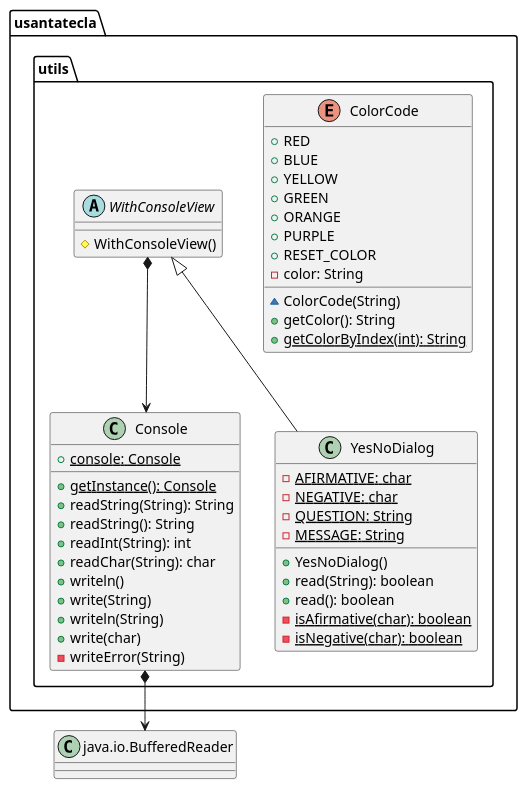
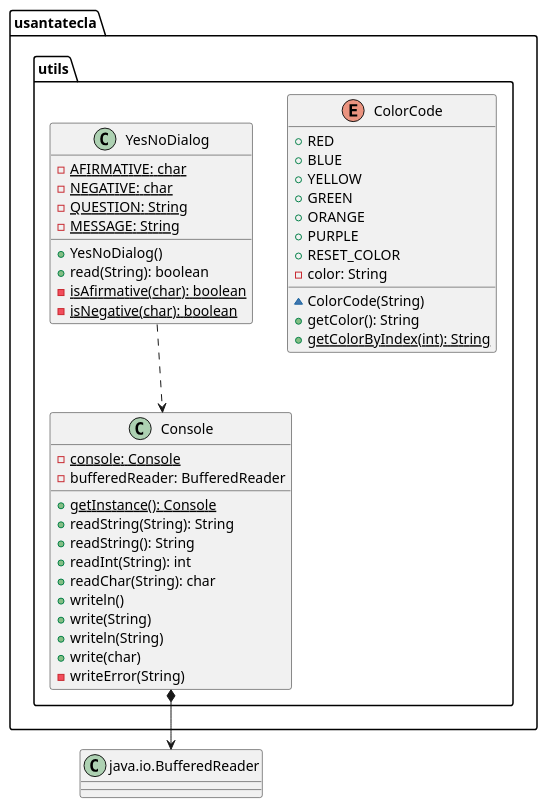
Before and after one commit to SantaTecla-mastermind/solution.java.swing.socket.sql: the sixth of 6 diagrams in documentView/withFactoryMethod/docs/diagrams/src/paquetes.plantuml, drawn with PlantUML. The commit also changed other lines of this file and 17 other files, not shown here.

```diff
--- a/documentView/withFactoryMethod/docs/diagrams/src/paquetes.plantuml
+++ b/documentView/withFactoryMethod/docs/diagrams/src/paquetes.plantuml
@@ -383,50 +421,45 @@
-@startuml usantatecla.mastermind.utils
+@startuml usantatecla.utils
 class BufferedReader as "java.io.BufferedReader"{}
 
 enum usantatecla.utils.ColorCode{
 + RED
 + BLUE
 + YELLOW
 + GREEN
 + ORANGE
 + PURPLE
 + RESET_COLOR
 - color: String
 ~ ColorCode(String)
 + getColor(): String
 + {static} getColorByIndex(int): String
 }
 
-class  usantatecla.utils.Console{
-+ {static} console: Console
+class usantatecla.utils.Console{
+- {static} console: Console
+- bufferedReader: BufferedReader
 + {static} getInstance(): Console
 + readString(String): String
 + readString(): String
 + readInt(String): int
 + readChar(String): char
 + writeln()
 + write(String)
 + writeln(String)
 + write(char)
 - writeError(String)
 }
 usantatecla.utils.Console *-down-> BufferedReader
 
-abstract class usantatecla.utils.WithConsoleView{
-# WithConsoleView()
-}
-usantatecla.utils.WithConsoleView *-down-> usantatecla.utils.Console
-
 class  usantatecla.utils.YesNoDialog{
 - {static} AFIRMATIVE: char
 - {static} NEGATIVE: char
 - {static} QUESTION: String
 - {static} MESSAGE: String
 + YesNoDialog()
 + read(String): boolean
-+ read(): boolean
 - {static} isAfirmative(char): boolean
 - {static} isNegative(char): boolean
 }
-usantatecla.utils.WithConsoleView <|-down- usantatecla.utils.YesNoDialog
+usantatecla.utils.YesNoDialog ..> usantatecla.utils.Console
 @enduml
```
